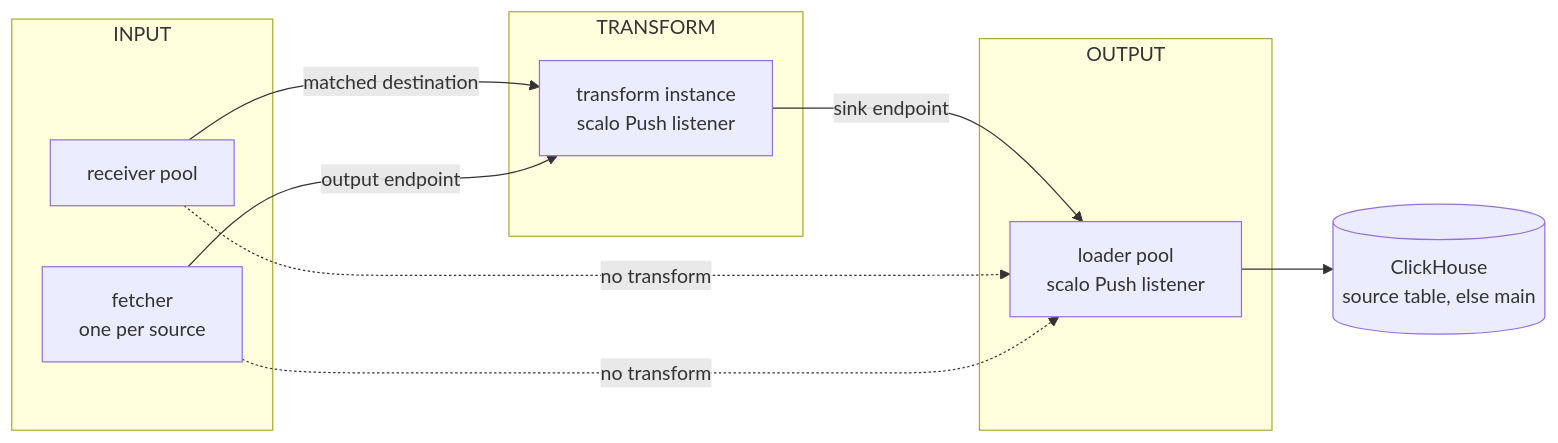
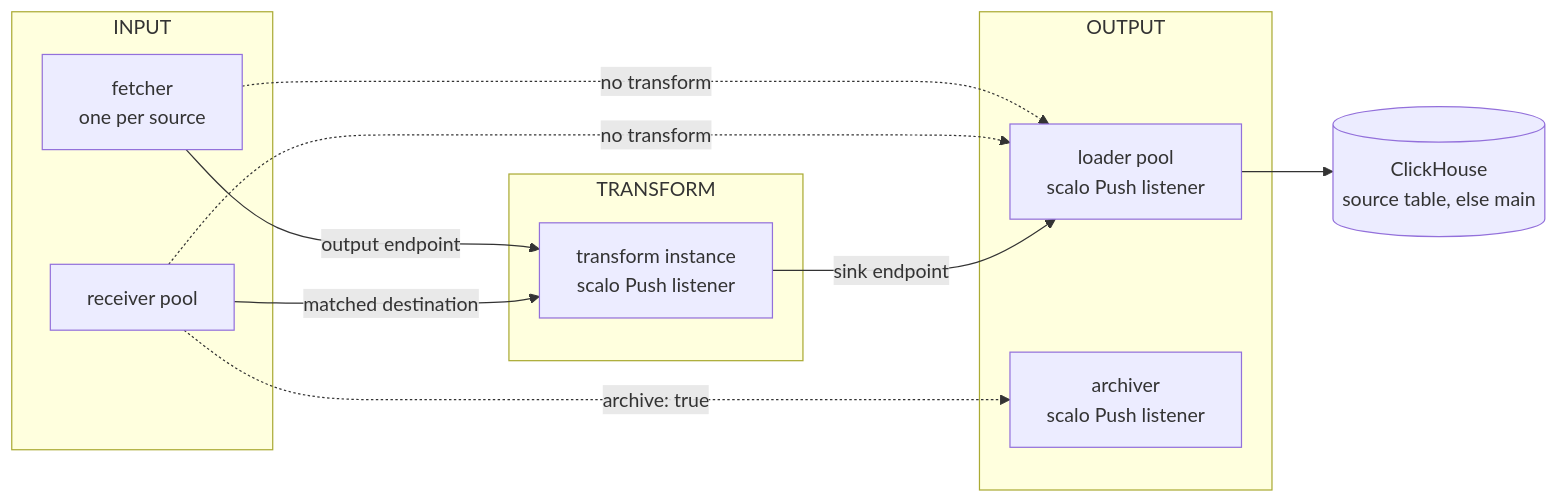
One commit to hyperi-io/dfe-engine changed the second of 3 diagrams in docs/data-plane/source-flow.md. Above: the diagram before and after it, drawn with Mermaid. The commit also changed other lines of this file and 22 other files, not shown here.

````diff
--- a/docs/data-plane/source-flow.md
+++ b/docs/data-plane/source-flow.md
@@ -43,19 +43,21 @@
 ```mermaid
 flowchart LR
   subgraph INPUT
     R[receiver pool]
     F[fetcher<br/>one per source]
   end
   subgraph TRANSFORM
     T[transform instance<br/>scalo Push listener]
   end
   subgraph OUTPUT
     L[loader pool<br/>scalo Push listener]
+    A[archiver<br/>scalo Push listener]
   end
   R -->|matched destination| T
   F -->|output endpoint| T
   T -->|sink endpoint| L
   R -.->|no transform| L
   F -.->|no transform| L
+  R -.->|archive: true| A
   L --> CH[(ClickHouse<br/>source table, else main)]
 ```
````
